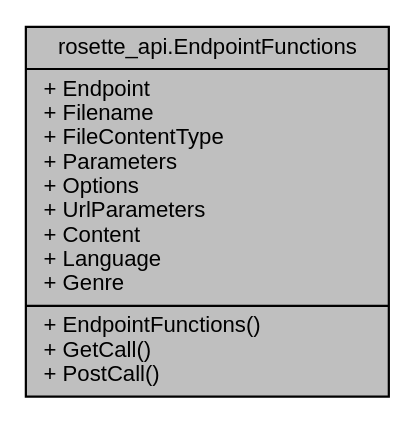
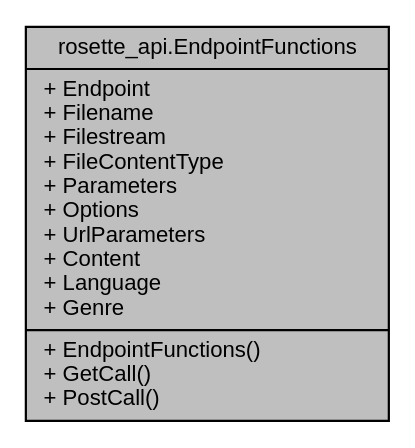
One commit to rosette-api/dotnet changed the diagram in classrosette__api_1_1_endpoint_functions__coll__graph.dot. Above: the diagram before and after it, drawn with Graphviz. The commit also changed 196 other files, not shown here.

```diff
--- a/classrosette__api_1_1_endpoint_functions__coll__graph.dot
+++ b/classrosette__api_1_1_endpoint_functions__coll__graph.dot
@@ -1,6 +1,6 @@
 digraph "rosette_api.EndpointFunctions"
 {
   edge [fontname="Helvetica",fontsize="10",labelfontname="Helvetica",labelfontsize="10"];
   node [fontname="Helvetica",fontsize="10",shape=record];
-  Node1 [label="{rosette_api.EndpointFunctions\n|+ Endpoint\l+ Filename\l+ FileContentType\l+ Parameters\l+ Options\l+ UrlParameters\l+ Content\l+ Language\l+ Genre\l|+ EndpointFunctions()\l+ GetCall()\l+ PostCall()\l}",height=0.2,width=0.4,color="black", fillcolor="grey75", style="filled", fontcolor="black"];
+  Node1 [label="{rosette_api.EndpointFunctions\n|+ Endpoint\l+ Filename\l+ Filestream\l+ FileContentType\l+ Parameters\l+ Options\l+ UrlParameters\l+ Content\l+ Language\l+ Genre\l|+ EndpointFunctions()\l+ GetCall()\l+ PostCall()\l}",height=0.2,width=0.4,color="black", fillcolor="grey75", style="filled", fontcolor="black"];
 }
```
